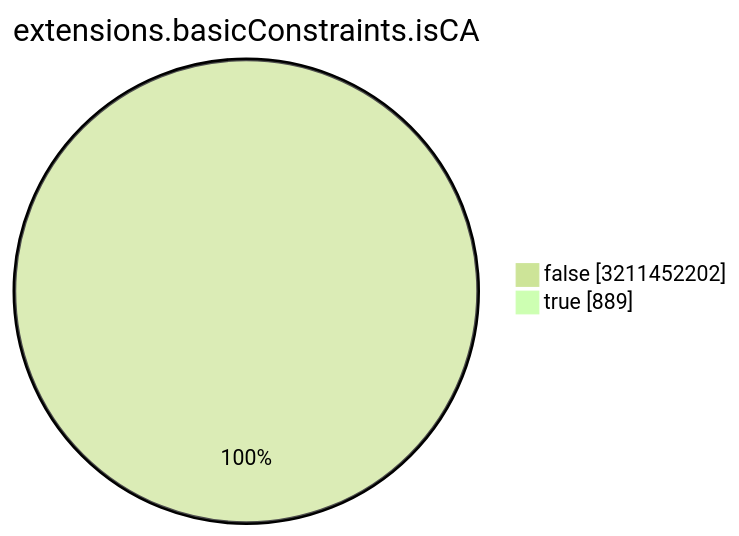
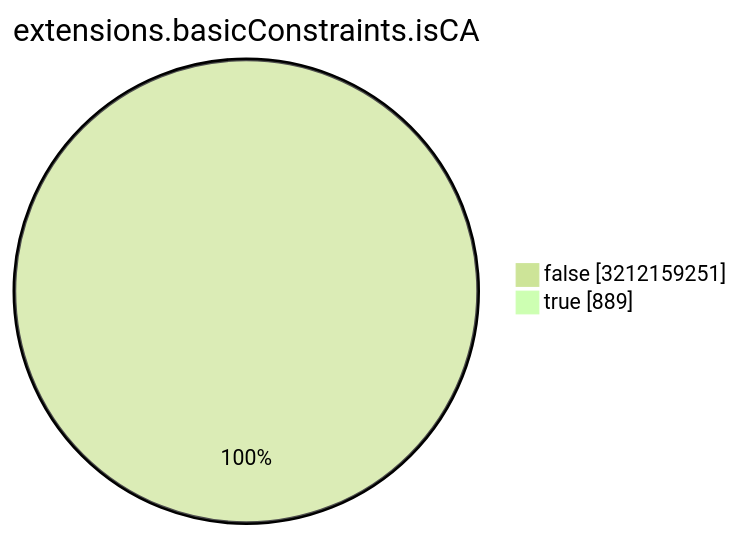
Before and after one commit to christiankrug/ctmonitor_visualization: the seventh of 15 diagrams in TOTAL/README.md, drawn with Mermaid (forest theme). The commit also changed other lines of this file, not shown here.

````diff
--- a/TOTAL/README.md
+++ b/TOTAL/README.md
@@ -3088,6 +3088,6 @@
 ```mermaid
 pie showData
 title extensions.basicConstraints.isCA
-"false" :3211452202
+"false" :3212159251
 "true" :889
 ```
````
